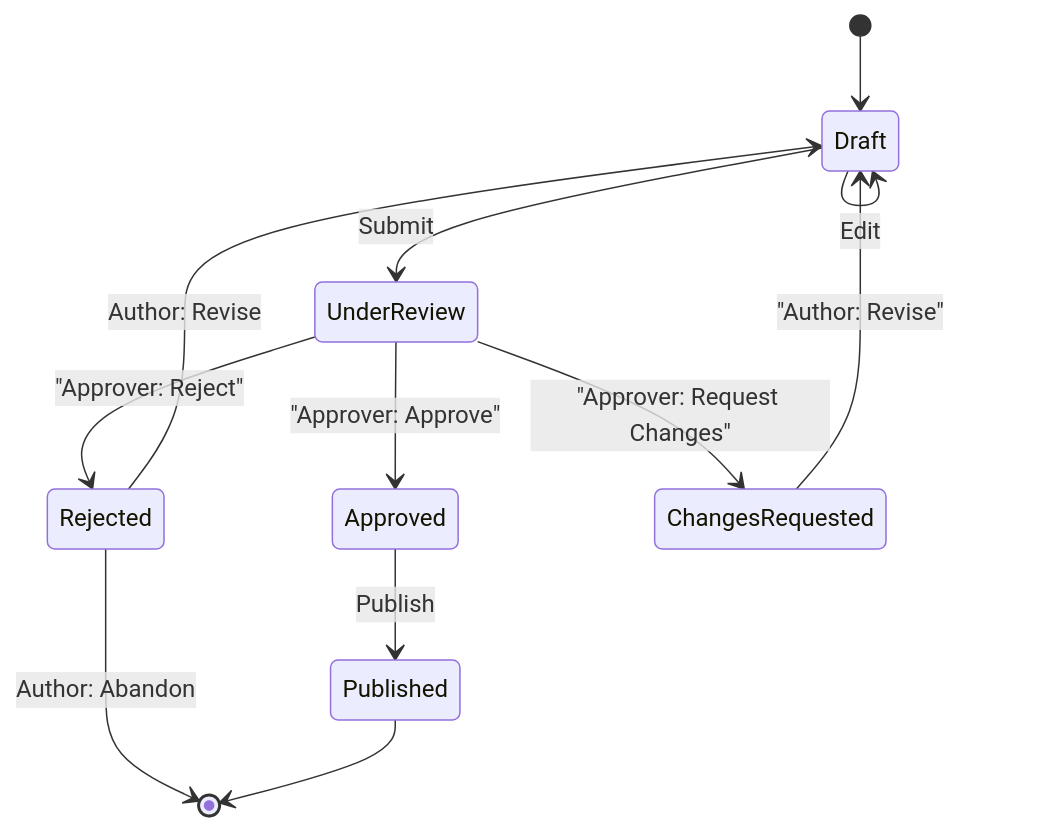
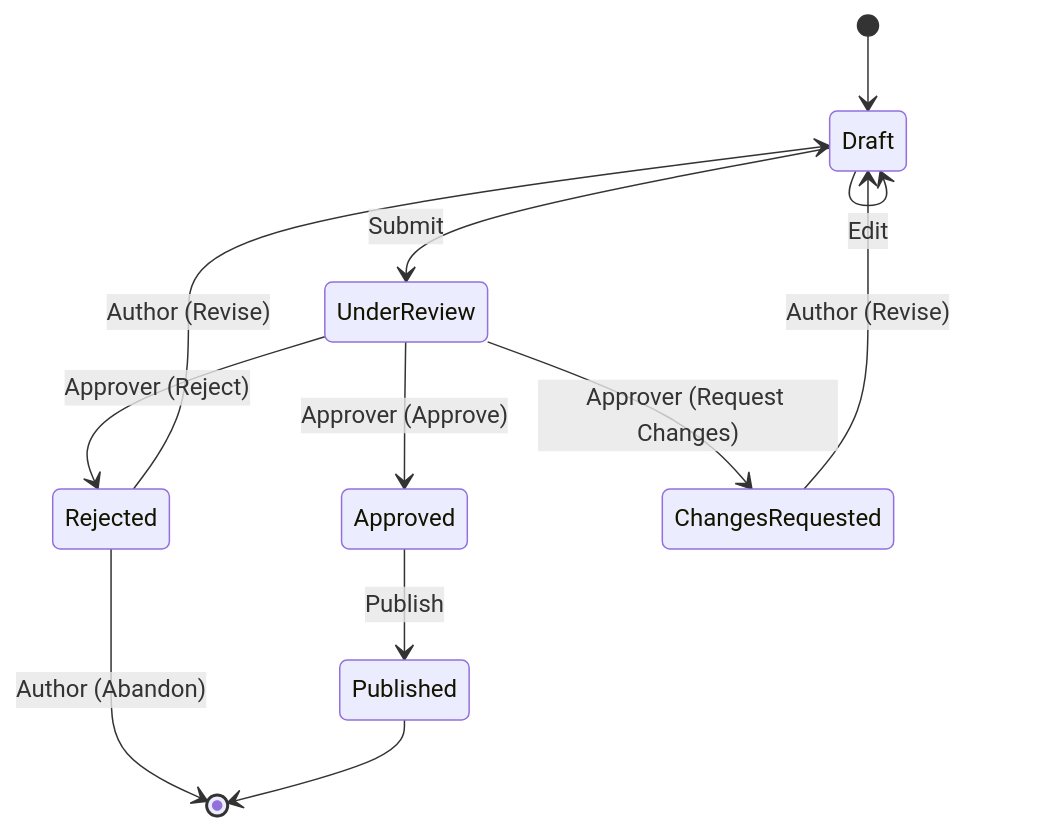
Diagram 21 of 29 in docs/01-design-and-approach.md (steeltroops-ai/smart-office), drawn with Mermaid before and after one commit.

````diff
--- a/docs/01-design-and-approach.md
+++ b/docs/01-design-and-approach.md
@@ -789,19 +789,19 @@
 ```mermaid
 stateDiagram-v2
     [*] --> Draft
 
     Draft --> UnderReview : Submit
     Draft --> Draft : Edit
 
-    UnderReview --> Approved : "Approver: Approve"
-    UnderReview --> Rejected : "Approver: Reject"
-    UnderReview --> ChangesRequested : "Approver: Request Changes"
+    UnderReview --> Approved : Approver (Approve)
+    UnderReview --> Rejected : Approver (Reject)
+    UnderReview --> ChangesRequested : Approver (Request Changes)
 
-    ChangesRequested --> Draft : "Author: Revise"
+    ChangesRequested --> Draft : Author (Revise)
 
-    Rejected --> Draft : Author: Revise
-    Rejected --> [*] : Author: Abandon
+    Rejected --> Draft : Author (Revise)
+    Rejected --> [*] : Author (Abandon)
 
     Approved --> Published : Publish
     Published --> [*]
 ```
````
